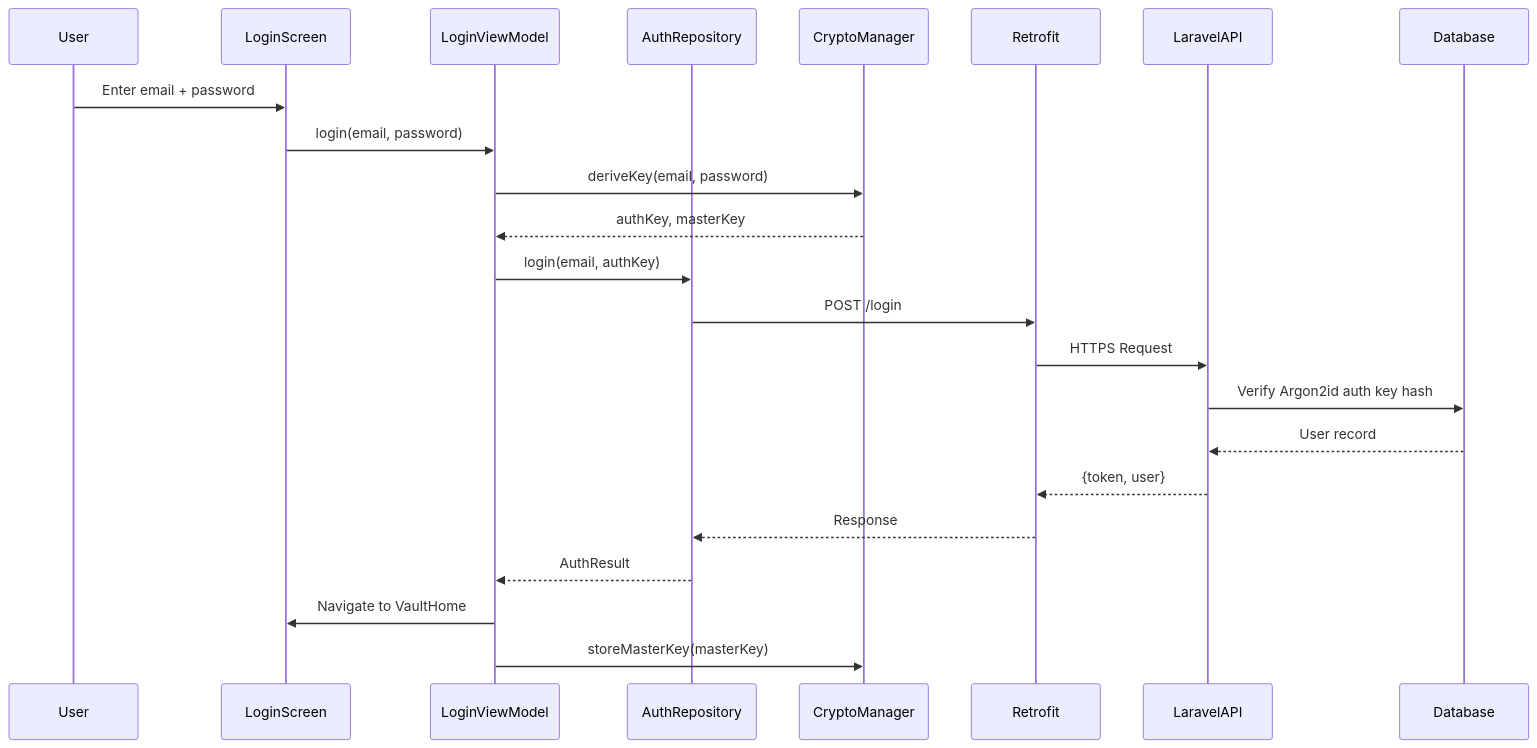
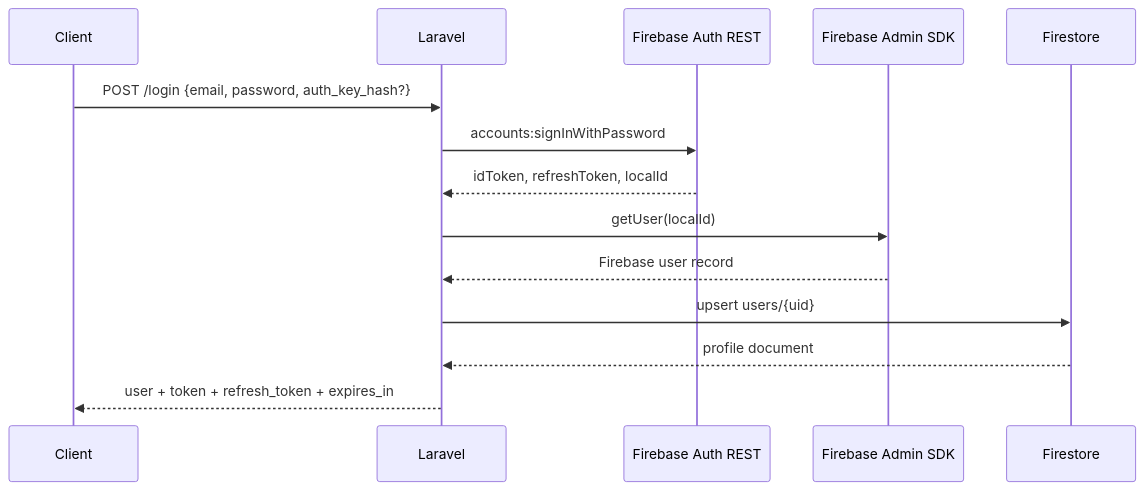
Before and after one commit to abhay-byte/truvalt: the third of 7 diagrams in docs/DIAGRAMS.md, drawn with Mermaid. The commit also changed other lines of this file and 49 other files, not shown here.

````diff
--- a/docs/DIAGRAMS.md
+++ b/docs/DIAGRAMS.md
@@ -363,29 +78,17 @@
 ```mermaid
 sequenceDiagram
-    participant User
-    participant LoginScreen
-    participant LoginViewModel
-    participant AuthRepository
-    participant CryptoManager
-    participant Retrofit
-    participant LaravelAPI
-    participant Database
-    
-    User->>LoginScreen: Enter email + password
-    LoginScreen->>LoginViewModel: login(email, password)
-    
-    LoginViewModel->>CryptoManager: deriveKey(email, password)
-    CryptoManager-->>LoginViewModel: authKey, masterKey
-    
-    LoginViewModel->>AuthRepository: login(email, authKey)
-    AuthRepository->>Retrofit: POST /login
-    Retrofit->>LaravelAPI: HTTPS Request
-    LaravelAPI->>Database: Verify Argon2id auth key hash
-    Database-->>LaravelAPI: User record
-    LaravelAPI-->>Retrofit: {token, user}
-    Retrofit-->>AuthRepository: Response
-    AuthRepository-->>LoginViewModel: AuthResult
-    
-    LoginViewModel->>LoginScreen: Navigate to VaultHome
-    LoginViewModel->>CryptoManager: storeMasterKey(masterKey)
+    participant Client
+    participant Laravel
+    participant IdentityToolkit as Firebase Auth REST
+    participant Admin as Firebase Admin SDK
+    participant Firestore
+
+    Client->>Laravel: POST /login {email, password, auth_key_hash?}
+    Laravel->>IdentityToolkit: accounts:signInWithPassword
+    IdentityToolkit-->>Laravel: idToken, refreshToken, localId
+    Laravel->>Admin: getUser(localId)
+    Admin-->>Laravel: Firebase user record
+    Laravel->>Firestore: upsert users/{uid}
+    Firestore-->>Laravel: profile document
+    Laravel-->>Client: user + token + refresh_token + expires_in
 ```
````
